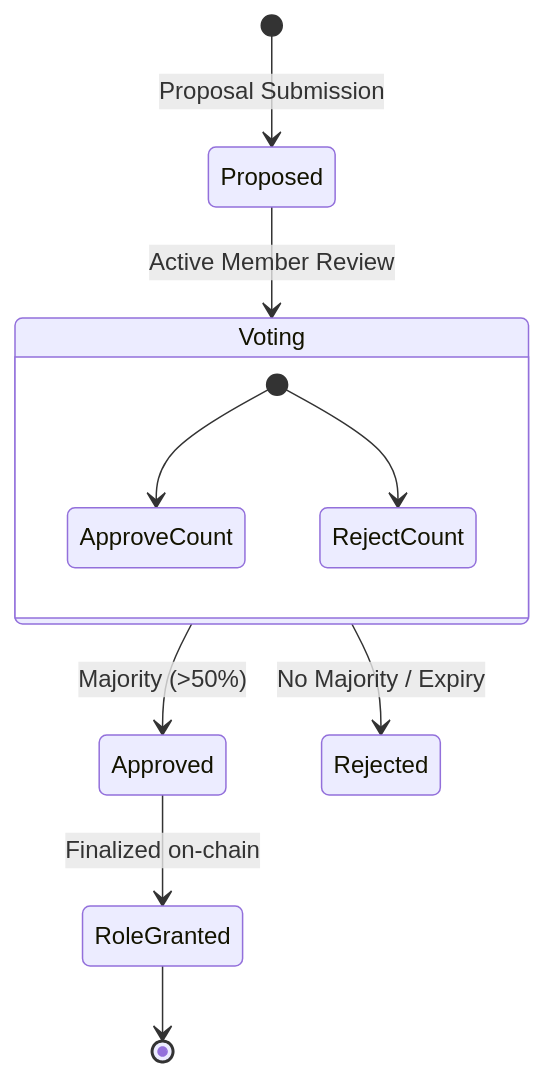
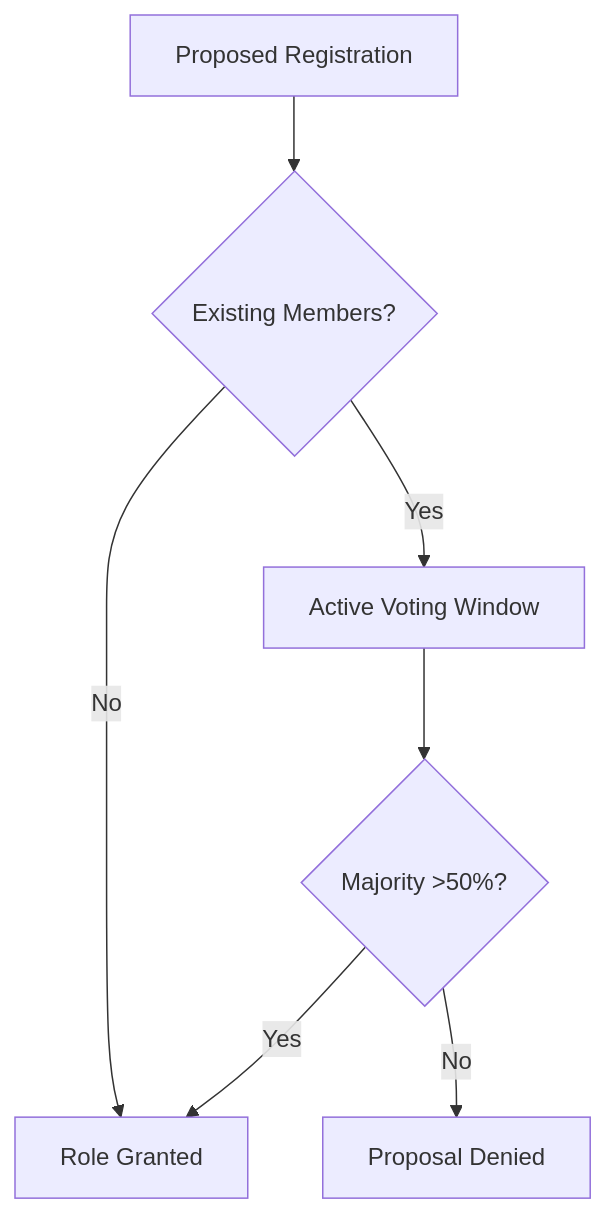
Before and after one commit to AasthaThakker/GeneBlockchain: the second of 2 diagrams in RESEARCH_PAPER.md, drawn with Mermaid. The commit also changed other lines of this file and 30 other files, not shown here.

````diff
--- a/RESEARCH_PAPER.md
+++ b/RESEARCH_PAPER.md
@@ -114,16 +99,9 @@
 ```mermaid
-stateDiagram-v2
-    [*] --> Proposed: Proposal Submission
-    Proposed --> Voting: Active Member Review
-    
-    state Voting {
-        [*] --> ApproveCount
-        [*] --> RejectCount
-    }
-    
-    Voting --> Approved: Majority (>50%)
-    Voting --> Rejected: No Majority / Expiry
-    
-    Approved --> RoleGranted: Finalized on-chain
-    RoleGranted --> [*]
+graph TD
+    Start[Proposed Registration] --> Boot{Existing Members?}
+    Boot -- No --> Approved[Role Granted]
+    Boot -- Yes --> Voting[Active Voting Window]
+    Voting --> Check{Majority >50%?}
+    Check -- Yes --> Approved
+    Check -- No --> Rejected[Proposal Denied]
 ```
````
